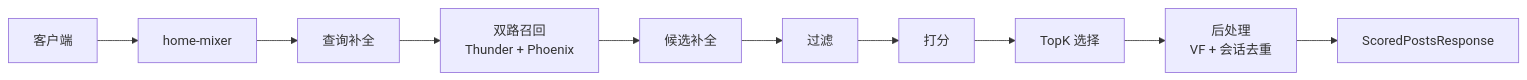
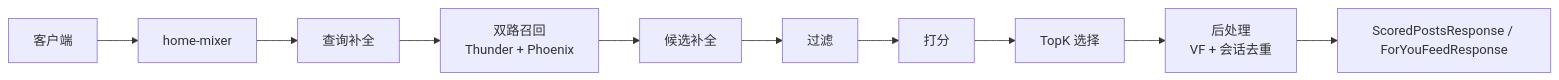
One commit to freefcw/x-algorithm changed the first of 4 diagrams in docs/home-mixer/00-handbook.md. Above: the diagram before and after it, drawn with Mermaid. The commit also changed other lines of this file and 24 other files, not shown here.

````diff
--- a/docs/home-mixer/00-handbook.md
+++ b/docs/home-mixer/00-handbook.md
@@ -11,12 +11,12 @@
 ```mermaid
 flowchart LR
     Client["客户端"] --> HM["home-mixer"]
     HM --> Q["查询补全"]
     Q --> R["双路召回<br/>Thunder + Phoenix"]
     R --> H["候选补全"]
     H --> F["过滤"]
     F --> S["打分"]
     S --> K["TopK 选择"]
     K --> P["后处理<br/>VF + 会话去重"]
-    P --> Resp["ScoredPostsResponse"]
+    P --> Resp["ScoredPostsResponse / ForYouFeedResponse"]
 ```
````
